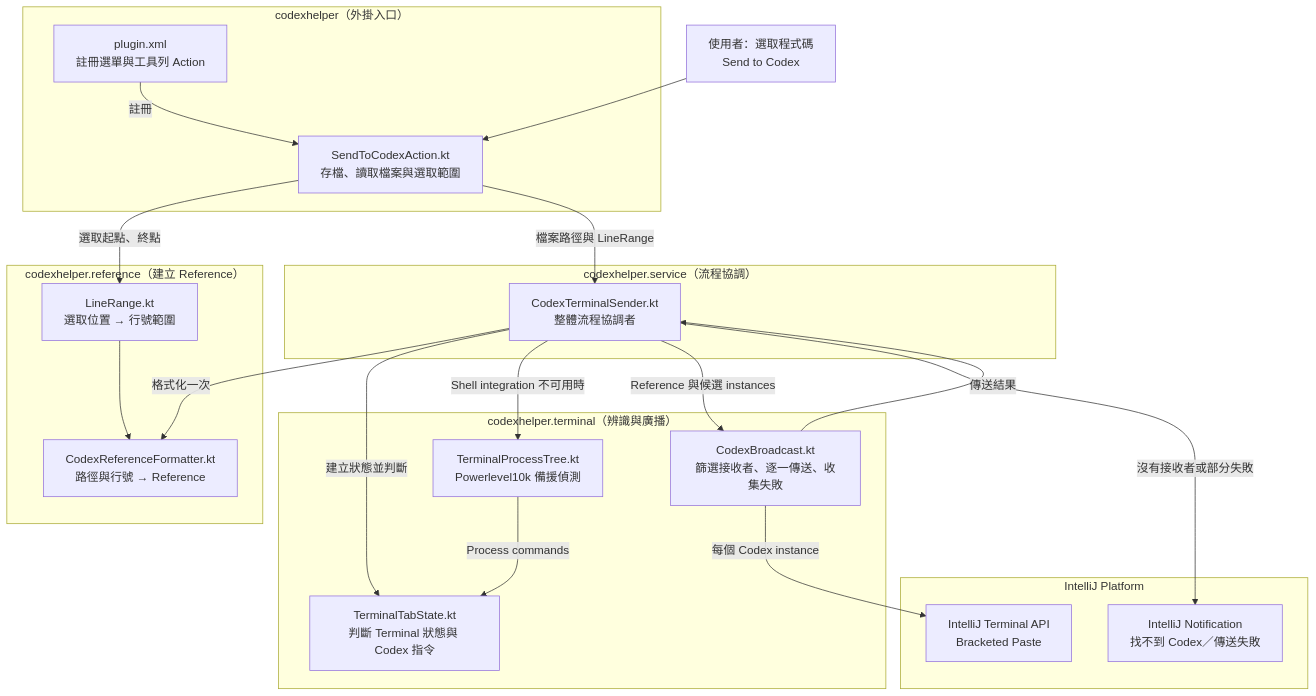
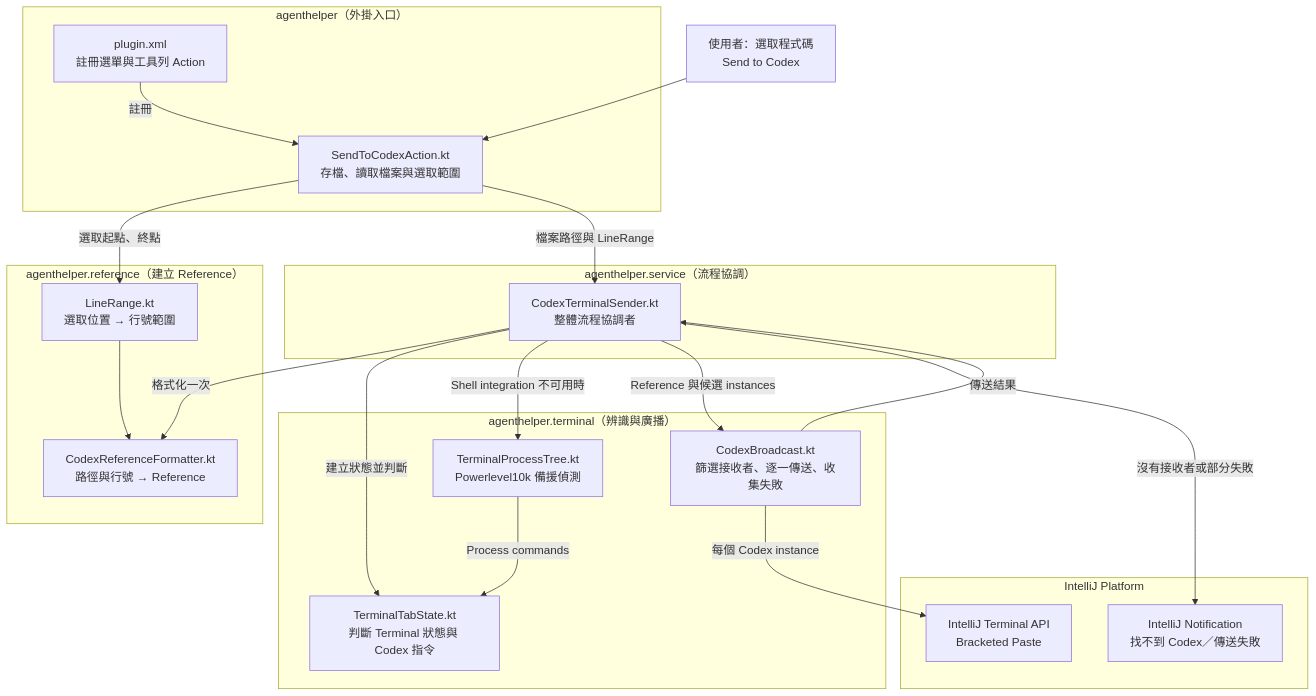
Before and after one commit to Jian-Min-Huang/v-agent-helper: the diagram in jetbrains/docs/source-code-relationships.md, drawn with Mermaid. The commit also changed 20 other files, not shown here.

````diff
--- a/jetbrains/docs/source-code-relationships.md
+++ b/jetbrains/docs/source-code-relationships.md
@@ -5,47 +5,47 @@
 ```mermaid
 flowchart TD
     User["使用者：選取程式碼<br/>Send to Codex"]
 
-    subgraph Entry["codexhelper（外掛入口）"]
+    subgraph Entry["agenthelper（外掛入口）"]
         XML["plugin.xml<br/>註冊選單與工具列 Action"]
         Action["SendToCodexAction.kt<br/>存檔、讀取檔案與選取範圍"]
     end
 
-    subgraph Reference["codexhelper.reference（建立 Reference）"]
+    subgraph Reference["agenthelper.reference（建立 Reference）"]
         Range["LineRange.kt<br/>選取位置 → 行號範圍"]
         Formatter["CodexReferenceFormatter.kt<br/>路徑與行號 → Reference"]
     end
 
-    subgraph Service["codexhelper.service（流程協調）"]
+    subgraph Service["agenthelper.service（流程協調）"]
         Sender["CodexTerminalSender.kt<br/>整體流程協調者"]
     end
 
-    subgraph TerminalLogic["codexhelper.terminal（辨識與廣播）"]
+    subgraph TerminalLogic["agenthelper.terminal（辨識與廣播）"]
         State["TerminalTabState.kt<br/>判斷 Terminal 狀態與 Codex 指令"]
         Process["TerminalProcessTree.kt<br/>Powerlevel10k 備援偵測"]
         Broadcast["CodexBroadcast.kt<br/>篩選接收者、逐一傳送、收集失敗"]
     end
 
     subgraph Platform["IntelliJ Platform"]
         Terminal["IntelliJ Terminal API<br/>Bracketed Paste"]
         Notice["IntelliJ Notification<br/>找不到 Codex／傳送失敗"]
     end
 
     XML -->|註冊| Action
     User --> Action
     Action -->|選取起點、終點| Range
     Action -->|檔案路徑與 LineRange| Sender
 
     Sender -->|格式化一次| Formatter
     Range --> Formatter
 
     Sender -->|建立狀態並判斷| State
     Sender -->|Shell integration 不可用時| Process
     Process -->|Process commands| State
 
     Sender -->|Reference 與候選 instances| Broadcast
     Broadcast -->|每個 Codex instance| Terminal
     Broadcast -->|傳送結果| Sender
     Sender -->|沒有接收者或部分失敗| Notice
 
 ```
````
